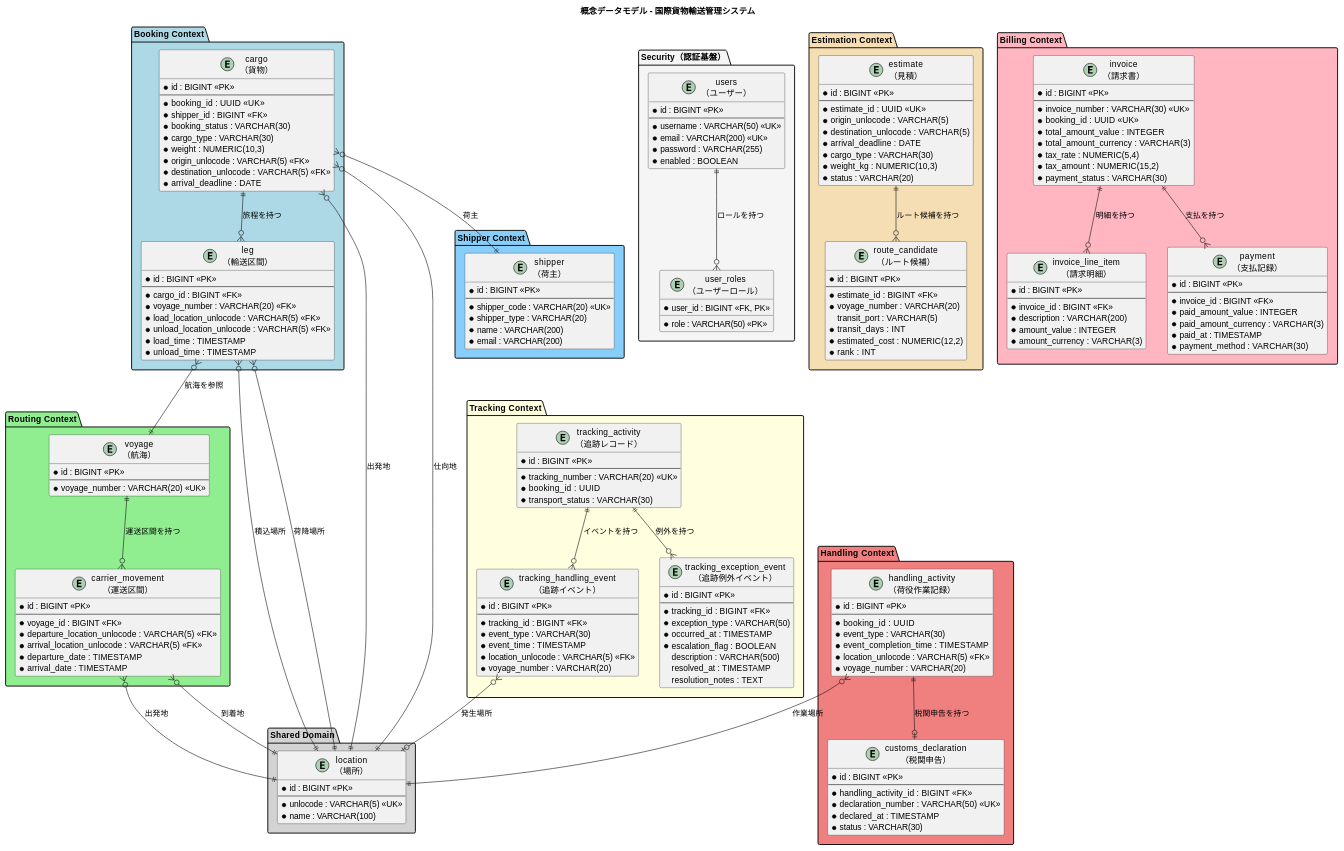
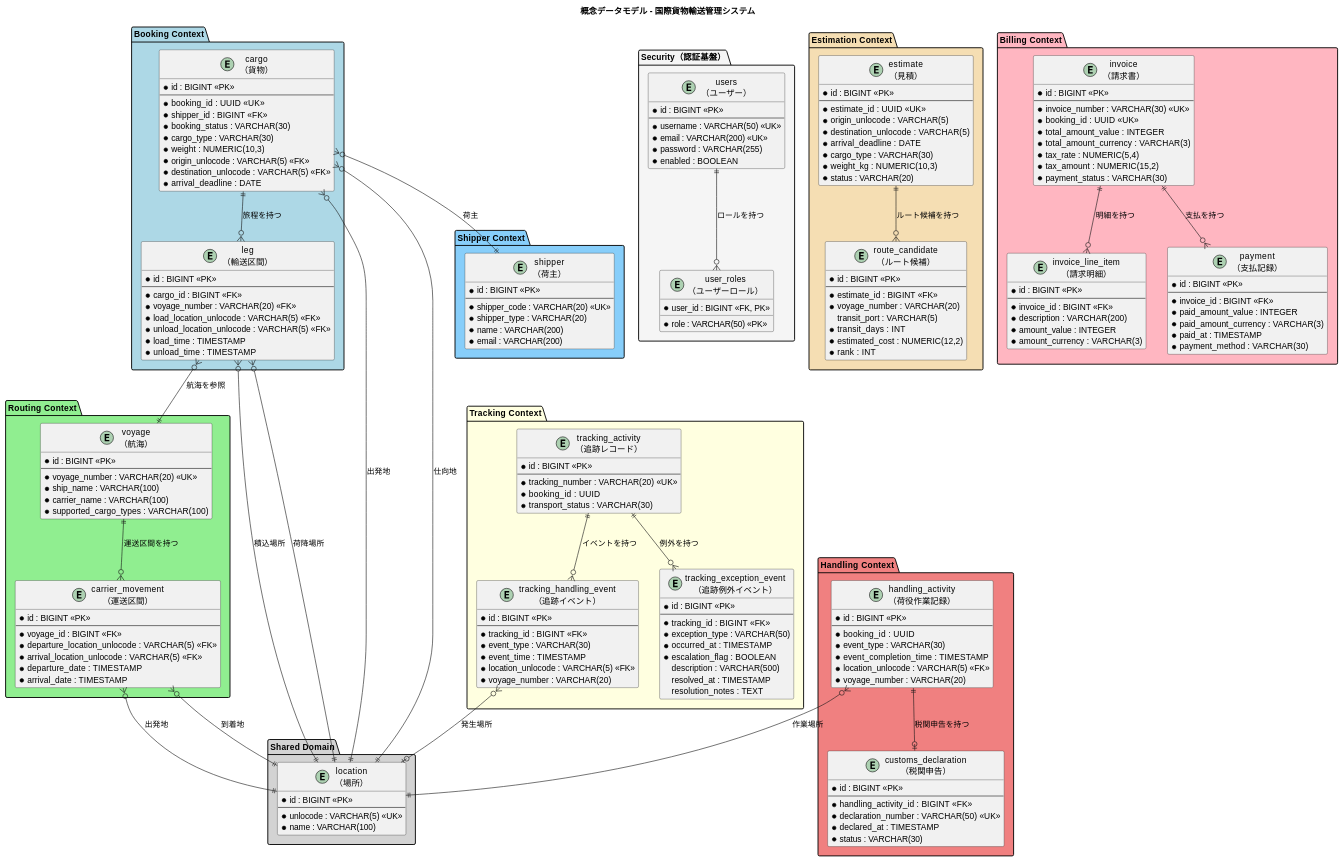
Before and after one commit to k2works/case-study-cargo-tracker: the first of 9 diagrams in docs/design/data-model.md, drawn with PlantUML. The commit also changed 12 other files, not shown here.

```diff
--- a/docs/design/data-model.md
+++ b/docs/design/data-model.md
@@ -105,6 +105,9 @@
     * id : BIGINT <<PK>>
     --
     * voyage_number : VARCHAR(20) <<UK>>
+    * ship_name : VARCHAR(100)
+    * carrier_name : VARCHAR(100)
+    * supported_cargo_types : VARCHAR(100)
   }
 
   entity "carrier_movement\n（運送区間）" as carrier_movement {
```
